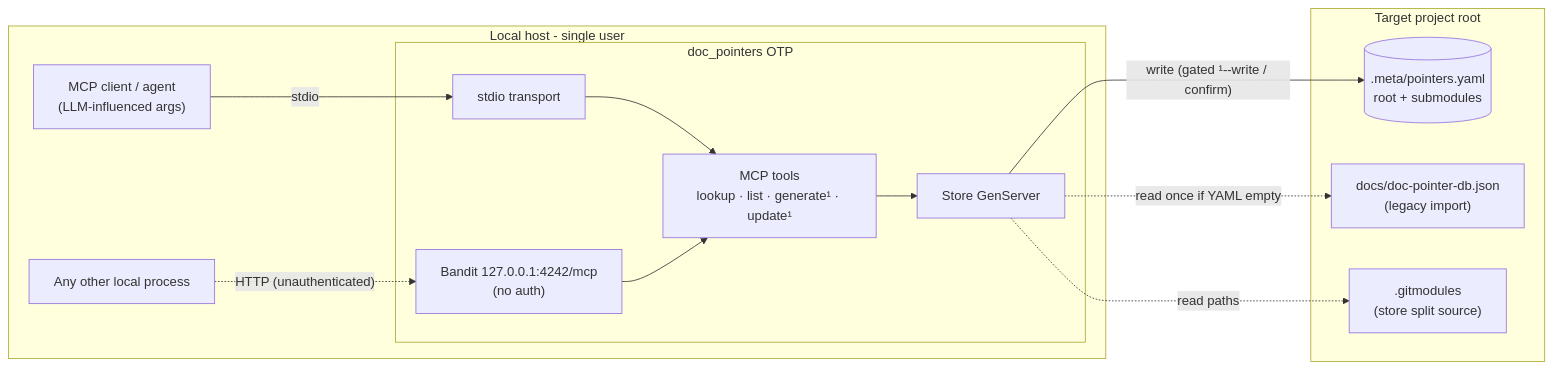
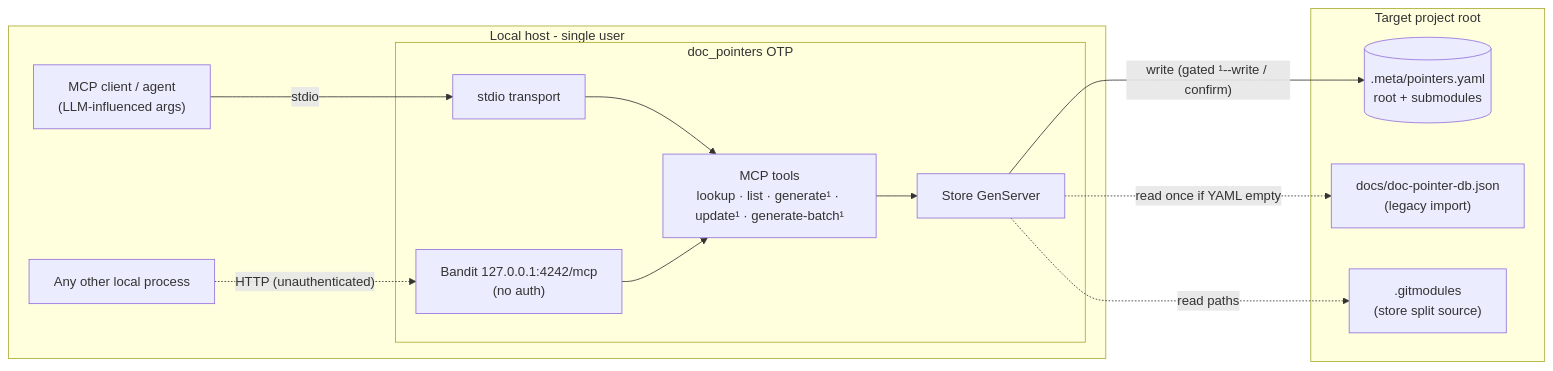
Before and after one commit to the-robot-lives/doc-pointers: the diagram in docs/THREAT-MODEL.md, drawn with Mermaid. The commit also changed 5 other files, not shown here.

First line of the commit message:
docs: doc-sweep 2026-10-26 (layout/arch/schema/threat-model)

````diff
--- a/docs/THREAT-MODEL.md
+++ b/docs/THREAT-MODEL.md
@@ -21,27 +21,27 @@
 ```mermaid
 graph LR
     subgraph host [Local host - single user]
         MCPClient["MCP client / agent<br/>(LLM-influenced args)"]
         LocalProc["Any other local process"]
         subgraph server [doc_pointers OTP]
             Stdio["stdio transport"]
             HTTP["Bandit 127.0.0.1:4242/mcp<br/>(no auth)"]
-            Tools["MCP tools<br/>lookup · list · generate¹ · update¹"]
+            Tools["MCP tools<br/>lookup · list · generate¹ · update¹ · generate-batch¹"]
             Store["Store GenServer"]
         end
     end
     subgraph target [Target project root]
         YAML[(".meta/pointers.yaml<br/>root + submodules")]
         Legacy["docs/doc-pointer-db.json<br/>(legacy import)"]
         Gitmodules[".gitmodules<br/>(store split source)"]
     end
 
     MCPClient -->|stdio| Stdio
     LocalProc -.->|"HTTP (unauthenticated)"| HTTP
     Stdio --> Tools
     HTTP --> Tools
     Tools --> Store
     Store -->|"write (gated ¹--write / confirm)"| YAML
     Store -.->|"read once if YAML empty"| Legacy
     Store -.->|"read paths"| Gitmodules
 ```
````
